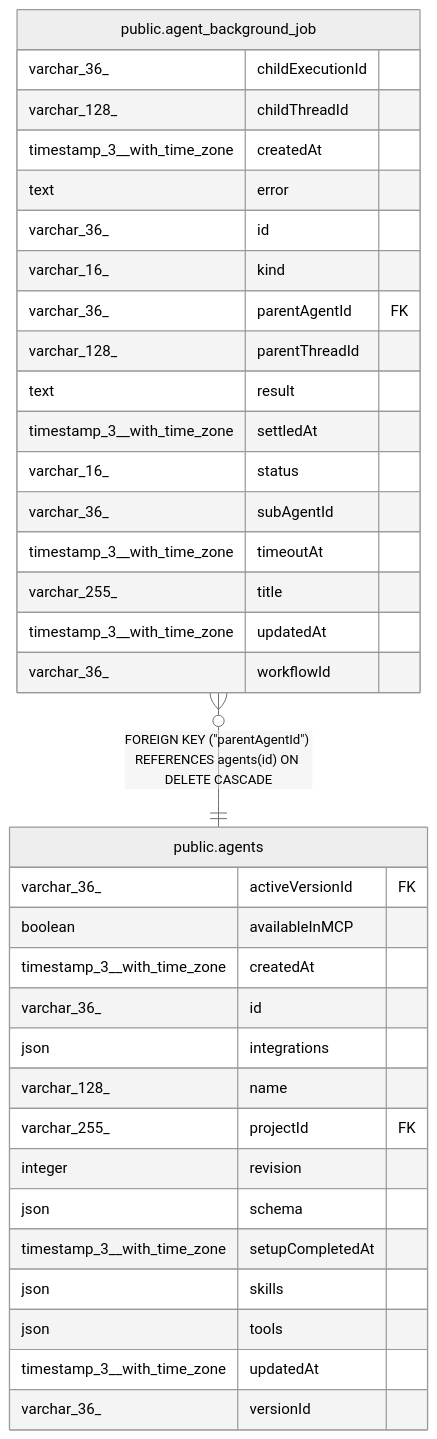
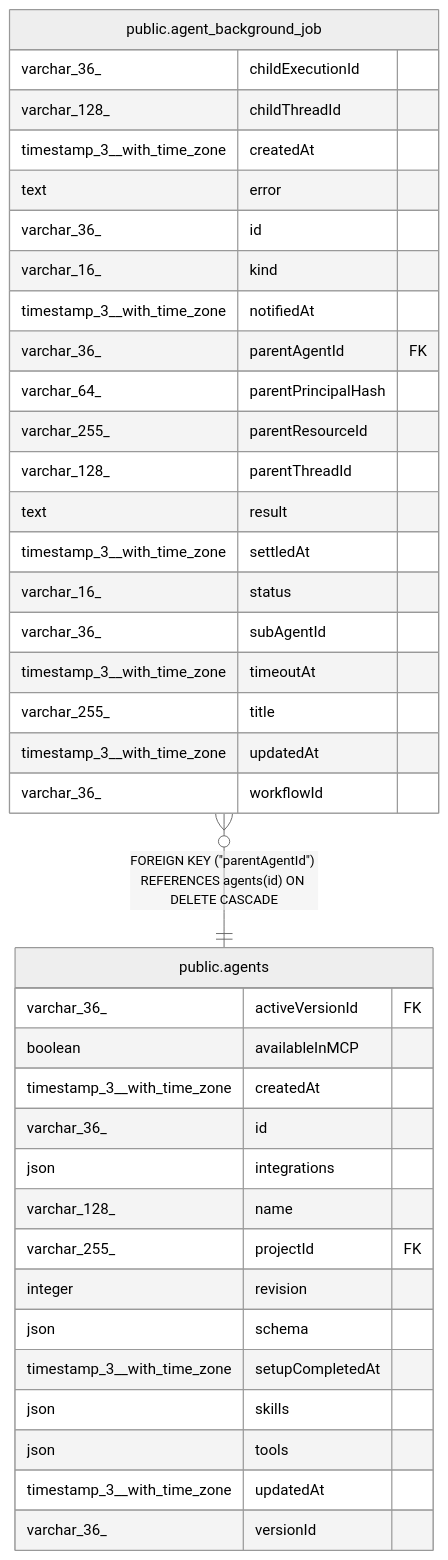
The diagram in universal-plugin/backend/oss/n8n/docs/generated/postgres-schema/public.agent_background_job.md (Tanishq-1/all-global-plugin), drawn with Mermaid (neutral theme) before and after one commit. The commit also changed other lines of this file and 3199 other files, not shown here.

````diff
--- a/universal-plugin/backend/oss/n8n/docs/generated/postgres-schema/public.agent_background_job.md
+++ b/universal-plugin/backend/oss/n8n/docs/generated/postgres-schema/public.agent_background_job.md
@@ -54,40 +60,43 @@
 ```mermaid
 erDiagram
 
 "public.agent_background_job" }o--|| "public.agents" : "FOREIGN KEY (#quot;parentAgentId#quot;) REFERENCES agents(id) ON DELETE CASCADE"
 
 "public.agent_background_job" {
   varchar_36_ childExecutionId
   varchar_128_ childThreadId
   timestamp_3__with_time_zone createdAt
   text error
   varchar_36_ id
   varchar_16_ kind
+  timestamp_3__with_time_zone notifiedAt
   varchar_36_ parentAgentId FK
+  varchar_64_ parentPrincipalHash
+  varchar_255_ parentResourceId
   varchar_128_ parentThreadId
   text result
   timestamp_3__with_time_zone settledAt
   varchar_16_ status
   varchar_36_ subAgentId
   timestamp_3__with_time_zone timeoutAt
   varchar_255_ title
   timestamp_3__with_time_zone updatedAt
   varchar_36_ workflowId
 }
 "public.agents" {
   varchar_36_ activeVersionId FK
   boolean availableInMCP
   timestamp_3__with_time_zone createdAt
   varchar_36_ id
   json integrations
   varchar_128_ name
   varchar_255_ projectId FK
   integer revision
   json schema
   timestamp_3__with_time_zone setupCompletedAt
   json skills
   json tools
   timestamp_3__with_time_zone updatedAt
   varchar_36_ versionId
 }
 ```
````
